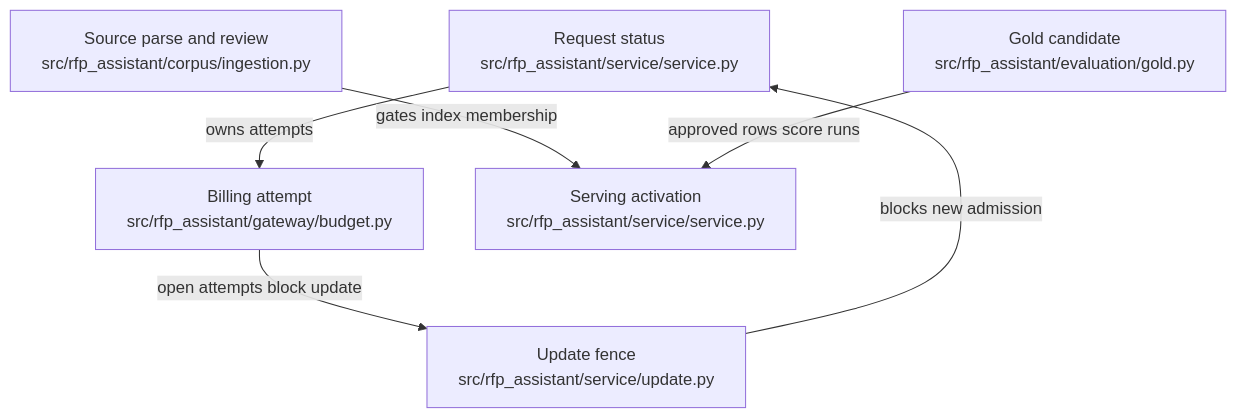
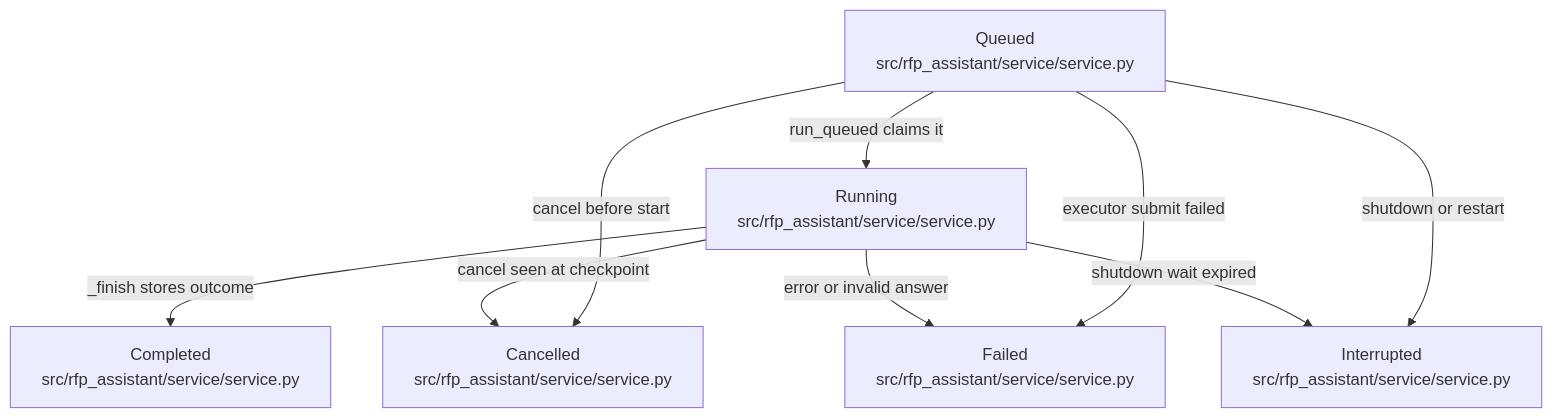
The diagram in .omm/state-transitions/diagram.mmd (littleeeeebit/project-codeit-mid), drawn with Mermaid before and after one commit. The commit also changed 359 other files, not shown here.

Commit message:
Refresh wiki and architecture before merge

```diff
--- a/.omm/state-transitions/diagram.mmd
+++ b/.omm/state-transitions/diagram.mmd
@@ -1,6 +1,15 @@
 graph TD
-  request-status["Request status\nsrc/rfp_assistant/service/service.py"] -->|"owns attempts"| billing-attempt["Billing attempt\nsrc/rfp_assistant/gateway/budget.py"]
-  source-review["Source parse and review\nsrc/rfp_assistant/corpus/ingestion.py"] -->|"gates index membership"| serving-activation["Serving activation\nsrc/rfp_assistant/service/service.py"]
-  gold-candidate["Gold candidate\nsrc/rfp_assistant/evaluation/gold.py"] -->|"approved rows score runs"| serving-activation
-  update-fence["Update fence\nsrc/rfp_assistant/service/update.py"] -->|"blocks new admission"| request-status
-  billing-attempt -->|"open attempts block update"| update-fence
+  queued["Queued\nsrc/rfp_assistant/service/service.py"]
+  running["Running\nsrc/rfp_assistant/service/service.py"]
+  completed["Completed\nsrc/rfp_assistant/service/service.py"]
+  failed["Failed\nsrc/rfp_assistant/service/service.py"]
+  cancelled["Cancelled\nsrc/rfp_assistant/service/service.py"]
+  interrupted["Interrupted\nsrc/rfp_assistant/service/service.py"]
+  queued -->|"run_queued claims it"| running
+  queued -->|"cancel before start"| cancelled
+  queued -->|"shutdown or restart"| interrupted
+  queued -->|"executor submit failed"| failed
+  running -->|"_finish stores outcome"| completed
+  running -->|"error or invalid answer"| failed
+  running -->|"cancel seen at checkpoint"| cancelled
+  running -->|"shutdown wait expired"| interrupted
```
